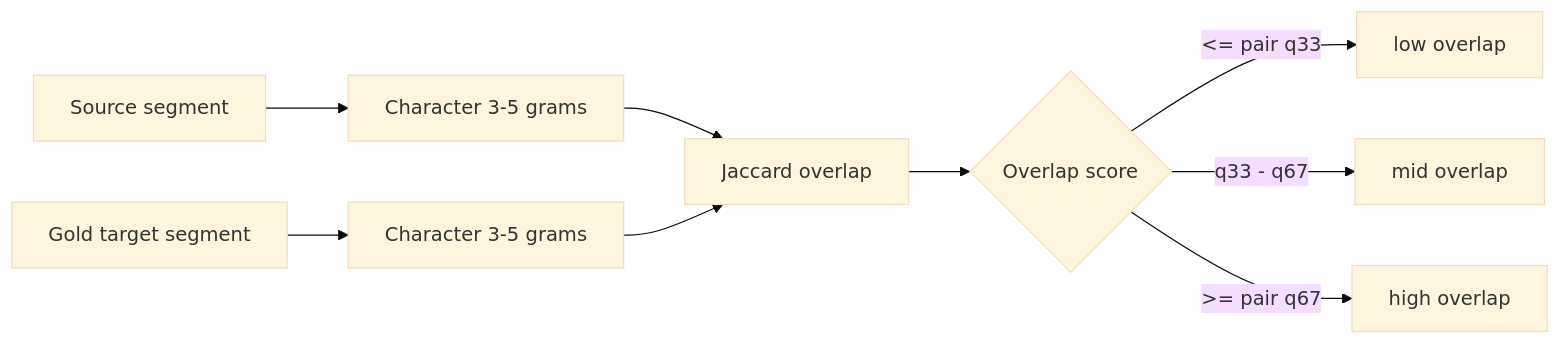
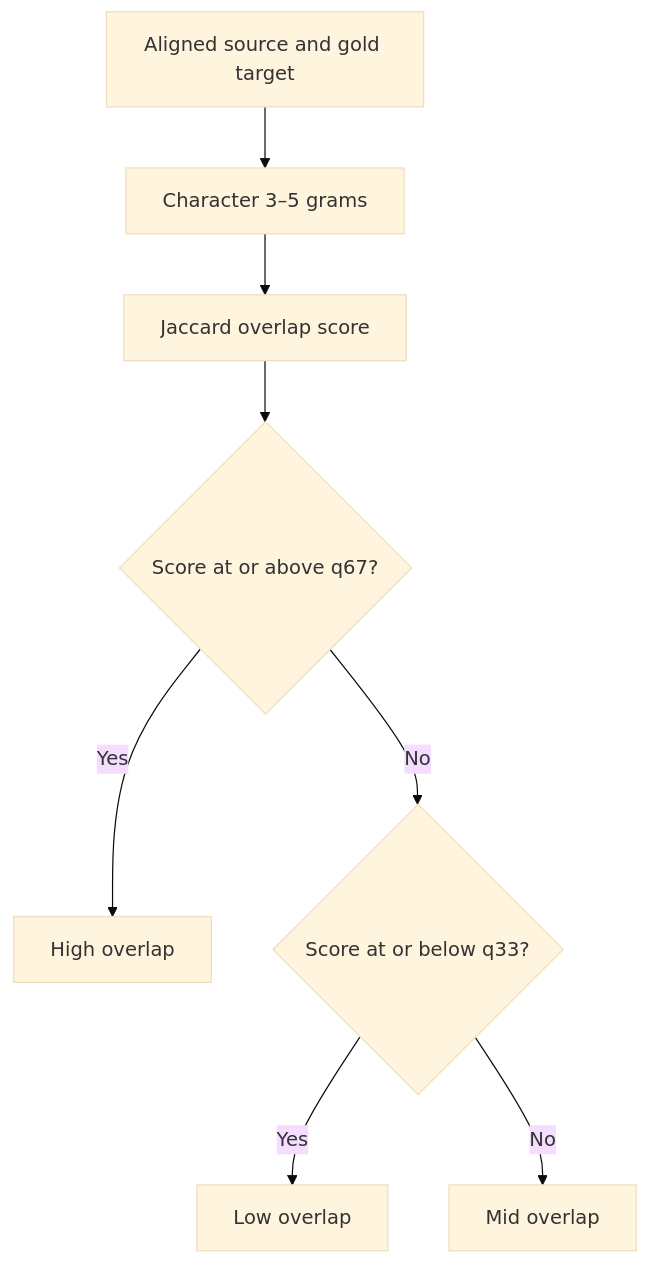
The third of 3 diagrams in docs/diagrams/retrieval_pipeline.md (dirgnic/Zero-Shot_Semantic_Retrieval), drawn with Mermaid (base theme) before and after one commit. The commit also changed other lines of this file and 2 other files, not shown here.

First line of the commit message:
Update retrieval diagrams for MiniLM and pretrained XLM-R

````diff
--- a/docs/diagrams/retrieval_pipeline.md
+++ b/docs/diagrams/retrieval_pipeline.md
@@ -76,11 +83,10 @@
 ```mermaid
-flowchart LR
-    A["Source segment"] --> C["Character 3-5 grams"]
-    B["Gold target segment"] --> D["Character 3-5 grams"]
-    C --> E["Jaccard overlap"]
-    D --> E
-    E --> F{"Overlap score"}
-    F -->|"<= pair q33"| G["low overlap"]
-    F -->|"q33 - q67"| H["mid overlap"]
-    F -->|">= pair q67"| I["high overlap"]
+flowchart TD
+    Pair["Aligned source and gold target"] --> Grams["Character 3–5 grams"]
+    Grams --> Overlap["Jaccard overlap score"]
+    Overlap --> Upper{"Score at or above q67?"}
+    Upper -->|Yes| High["High overlap"]
+    Upper -->|No| Lower{"Score at or below q33?"}
+    Lower -->|Yes| Low["Low overlap"]
+    Lower -->|No| Mid["Mid overlap"]
 ```
````
